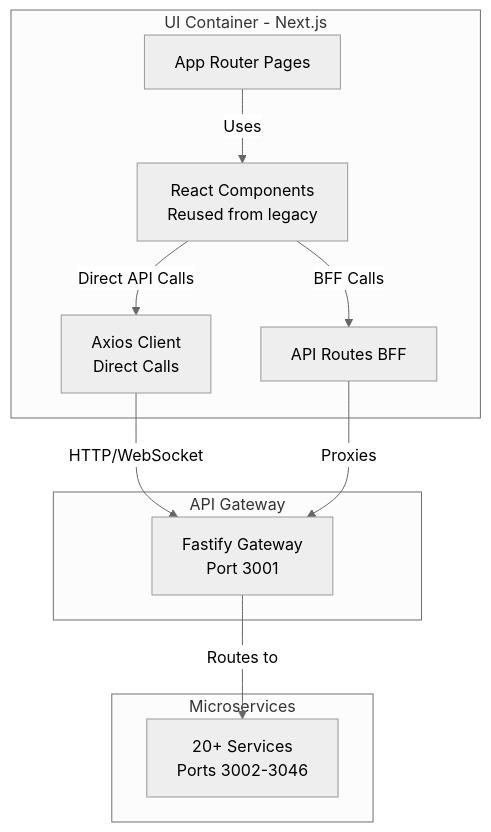
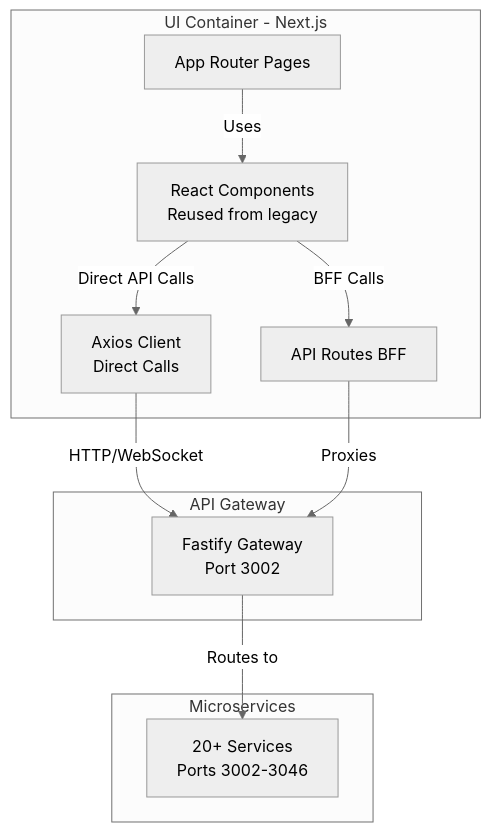
The fourth of 4 diagrams in documentation/global/Infrastructure.md (Edgame2/castiel2), drawn with Mermaid (neutral theme) before and after one commit. The commit also changed other lines of this file and 222 other files, not shown here.

````diff
--- a/documentation/global/Infrastructure.md
+++ b/documentation/global/Infrastructure.md
@@ -430,24 +430,24 @@
 ```mermaid
 graph TB
     subgraph UI["UI Container - Next.js"]
         Pages[App Router Pages]
         Components[React Components<br/>Reused from legacy]
         APIRoutes[API Routes BFF]
         APIClient[Axios Client<br/>Direct Calls]
     end
     
     subgraph Gateway["API Gateway"]
-        GatewaySvc[Fastify Gateway<br/>Port 3001]
+        GatewaySvc[Fastify Gateway<br/>Port 3002]
     end
     
     subgraph Services["Microservices"]
         Microservices[20+ Services<br/>Ports 3002-3046]
     end
     
     Pages -->|Uses| Components
     Components -->|Direct API Calls| APIClient
     Components -->|BFF Calls| APIRoutes
     APIClient -->|HTTP/WebSocket| GatewaySvc
     APIRoutes -->|Proxies| GatewaySvc
     GatewaySvc -->|Routes to| Microservices
 ```
````
